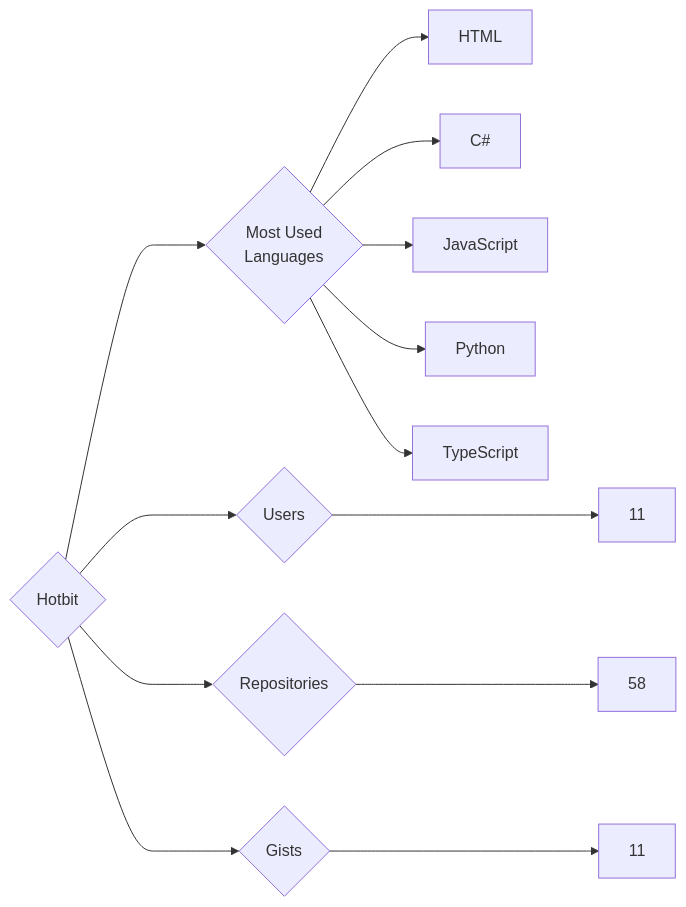
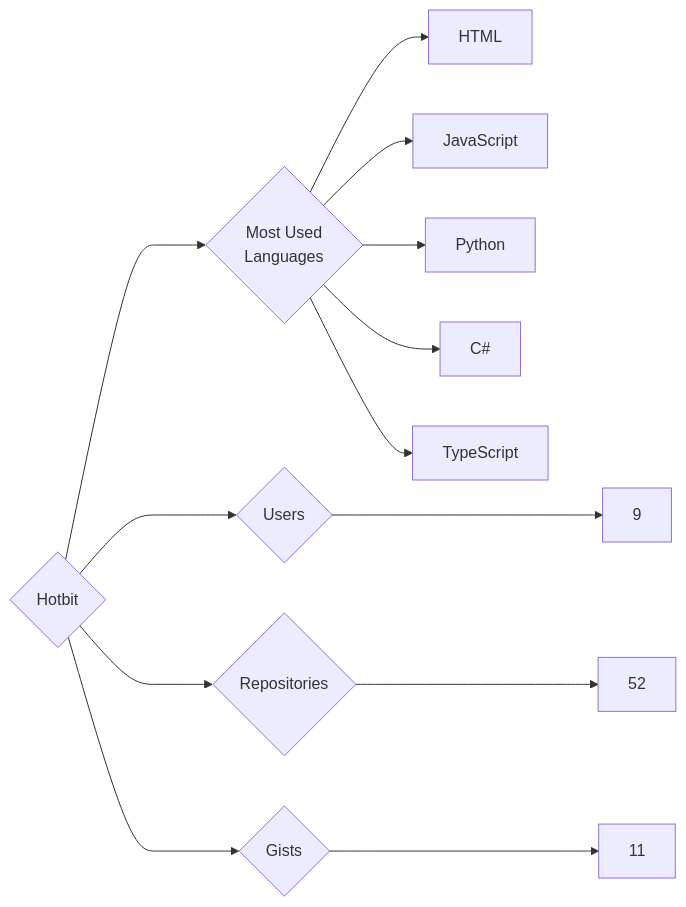
Before and after one commit to trickest/insiders: the diagram in targets/Hotbit/README.md, drawn with Mermaid. The commit also changed 1175 other files, not shown here.

````diff
--- a/targets/Hotbit/README.md
+++ b/targets/Hotbit/README.md
@@ -3,13 +3,13 @@
 ```mermaid
 graph LR
 COMPANY_NAME{Hotbit}
-COMPANY_NAME ---> U{Users} ---> UN[11]
-COMPANY_NAME ---> R{Repositories} ---> RN[58]
+COMPANY_NAME ---> U{Users} ---> UN[9]
+COMPANY_NAME ---> R{Repositories} ---> RN[52]
 COMPANY_NAME ---> G{Gists} ---> GN[11]
 COMPANY_NAME ---> ML{Most Used<br>Languages}
 ML --> HTML[HTML]
-ML --> C#[C#]
 ML --> JavaScript[JavaScript]
 ML --> Python[Python]
+ML --> C#[C#]
 ML --> TypeScript[TypeScript]
 ```
````
